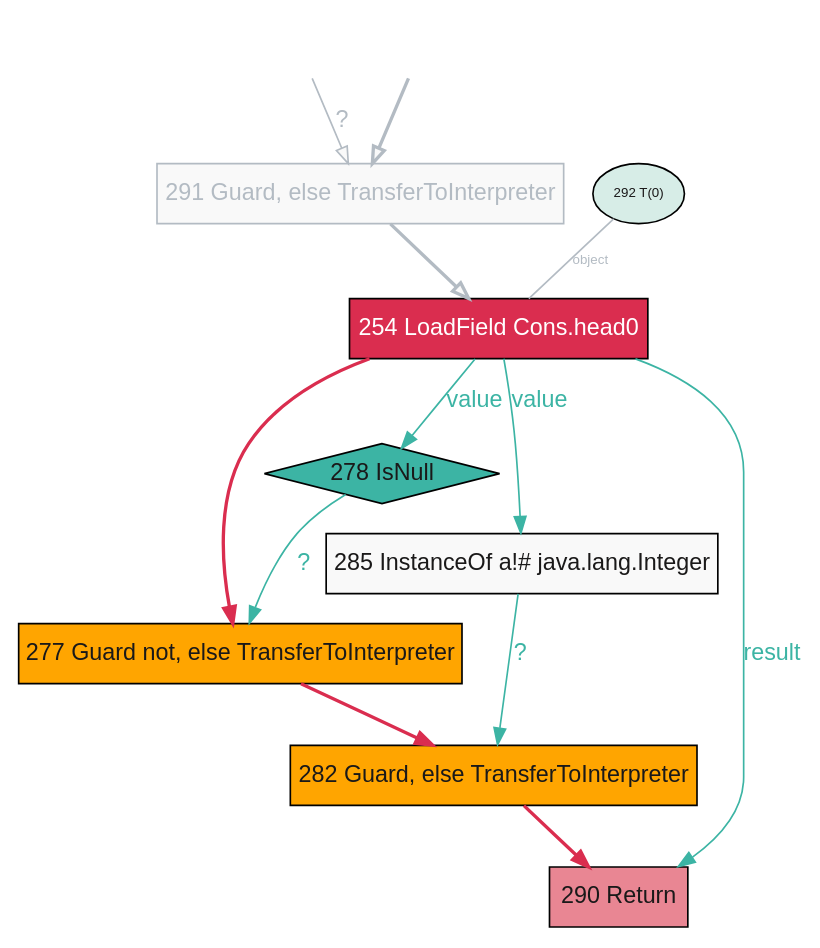
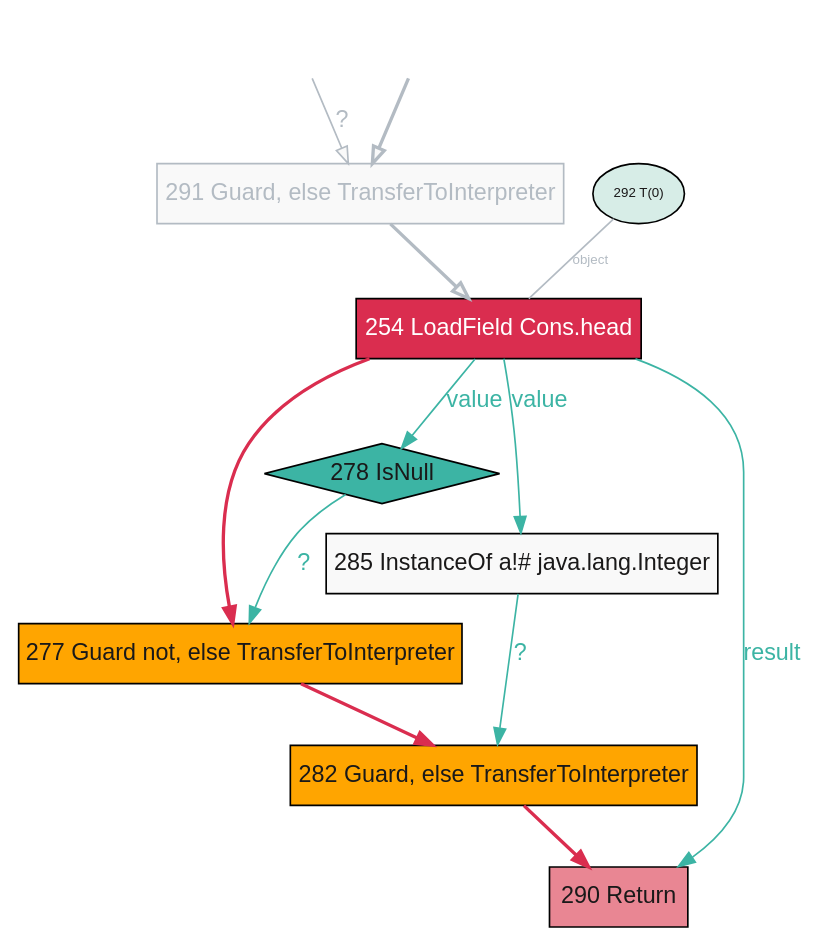
Before and after one commit to jmesyou/mmath-thesis: the diagram in figures/dot/List.head.boxed.TruffleTier.dot, drawn with Graphviz. The commit also changed 23 other files, not shown here.

```diff
--- a/figures/dot/List.head.boxed.TruffleTier.dot
+++ b/figures/dot/List.head.boxed.TruffleTier.dot
@@ -1,25 +1,25 @@
 digraph G {
   graph [bgcolor="white"];
   node193 [style="invis",label=""];
   node188 [style="invis",label=""];
-  node254 [label="254 LoadField Cons.head0",shape="rectangle",fontname="Arial",style="filled",color="black",fillcolor="#da2d4f",fontcolor="#ffffff"];
+  node254 [label="254 LoadField Cons.head",shape="rectangle",fontname="Arial",style="filled",color="black",fillcolor="#da2d4f",fontcolor="#ffffff"];
   node277 [label="277 Guard not, else TransferToInterpreter",shape="rectangle",fontname="Arial",style="filled",color="black",fillcolor="#ffa500",fontcolor="#1a1919"];
   node278 [label="278 IsNull",shape="diamond",fontname="Arial",style="filled",color="black",fillcolor="#3cb4a4",fontcolor="#1a1919"];
   node282 [label="282 Guard, else TransferToInterpreter",shape="rectangle",fontname="Arial",style="filled",color="black",fillcolor="#ffa500",fontcolor="#1a1919"];
   node285 [label="285 InstanceOf a!# java.lang.Integer",shape="rectangle",fontname="Arial",style="filled",color="black",fillcolor="#f9f9f9",fontcolor="#1a1919"];
   node290 [label="290 Return",shape="rectangle",fontname="Arial",style="filled",color="black",fillcolor="#e98693",fontcolor="#1a1919"];
   node291 [label="291 Guard, else TransferToInterpreter",shape="rectangle",fontname="Arial",style="filled",color="#b3bbc3",fillcolor="#f9f9f9",fontcolor="#b3bbc3"];
   node188 -> node291 [fontname="arial",color="#b3bbc3",fontcolor="#b3bbc3",penwidth="2",fillcolor="#f9f9f9"];
   node254 -> node277 [fontname="arial",color="#da2d4f",fontcolor="#da2d4f",penwidth="2"];
   node278 -> node277 [label="?",fontname="arial",color="#3cb4a4",fontcolor="#3cb4a4"];
   node277 -> node282 [fontname="arial",color="#da2d4f",fontcolor="#da2d4f",penwidth="2"];
   node254 -> node278 [label="value",fontname="arial",color="#3cb4a4",fontcolor="#3cb4a4"];
   node285 -> node282 [label="?",fontname="arial",color="#3cb4a4",fontcolor="#3cb4a4"];
   node282 -> node290 [fontname="arial",color="#da2d4f",fontcolor="#da2d4f",penwidth="2"];
   node254 -> node290 [label="result",fontname="arial",color="#3cb4a4",fontcolor="#3cb4a4"];
   node193 -> node291 [label="?",fontname="arial",color="#b3bbc3",fontcolor="#b3bbc3",fillcolor="#f9f9f9"];
   node291 -> node254 [fontname="arial",color="#b3bbc3",fontcolor="#b3bbc3",penwidth="2",fillcolor="#f9f9f9"];
   inline292x254 [label="292 T(0)",shape="oval",fontname="Arial",style="filled",color="black",fillcolor="#d7ede7",fontcolor="#1a1919",fontsize="8"];
   inline292x254 -> node254 [label="object",fontname="arial",color="#b3bbc3",fontcolor="#b3bbc3",fillcolor="#f9f9f9",arrowhead="none",fontsize="8"];
   node254 -> node285 [label="value",fontname="arial",color="#3cb4a4",fontcolor="#3cb4a4"];
 }
```
